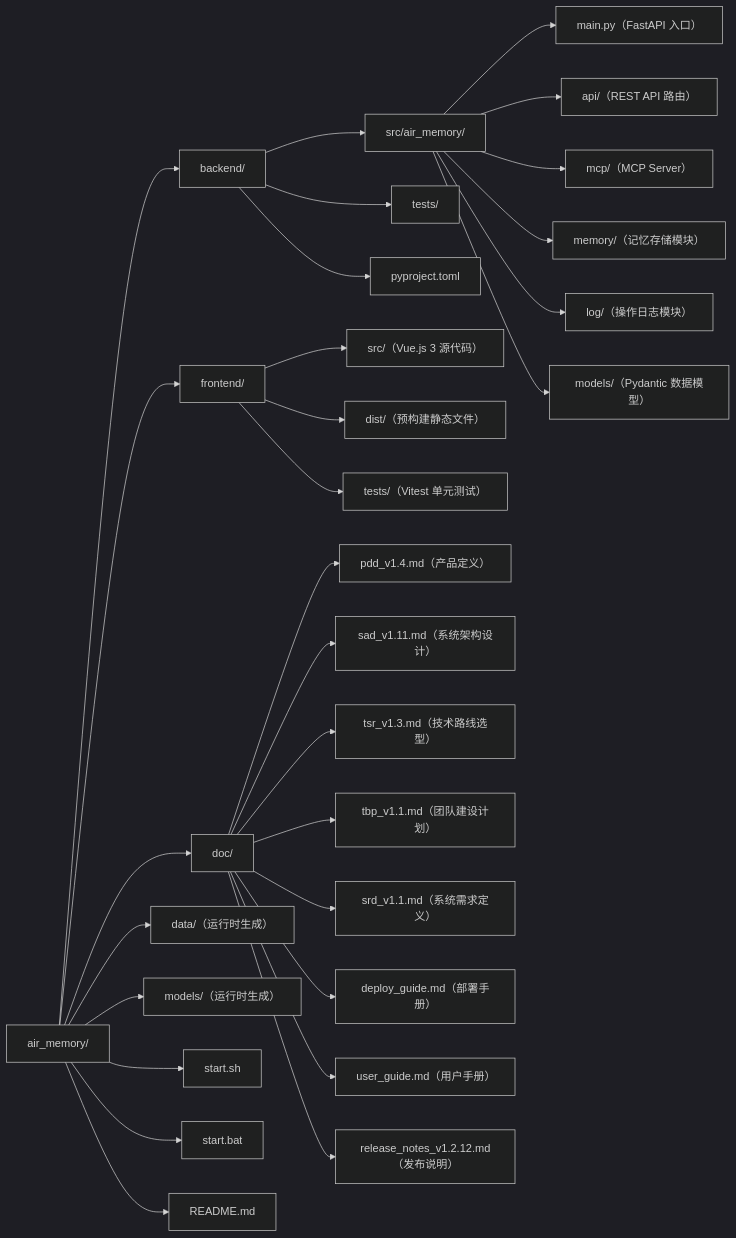
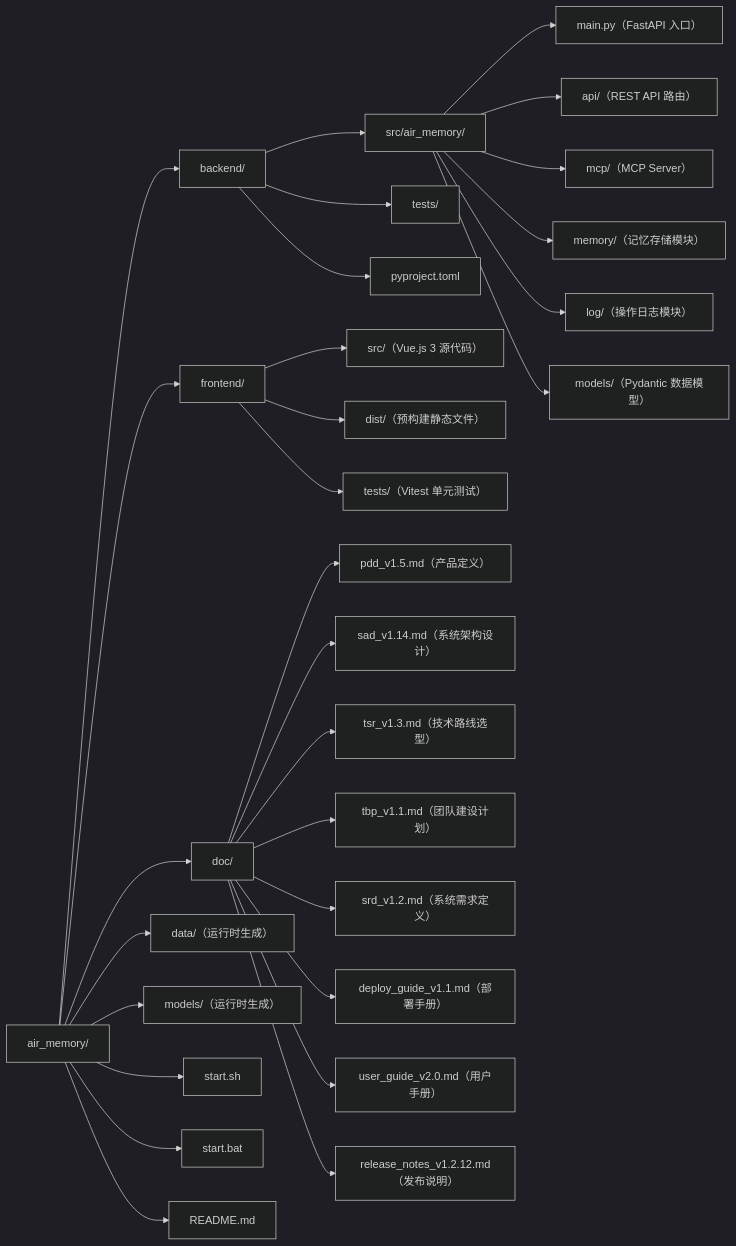
The diagram in README.md (SevenLv/air_memory), drawn with Mermaid (dark theme) before and after one commit. The commit also changed other lines of this file and 4 other files, not shown here.

````diff
--- a/README.md
+++ b/README.md
@@ -50,37 +50,37 @@
 ```mermaid
 graph LR
     ROOT["air_memory/"]
 
     ROOT --> BACKEND["backend/"]
     ROOT --> FRONTEND["frontend/"]
     ROOT --> DOC["doc/"]
     ROOT --> DATA["data/（运行时生成）"]
     ROOT --> MODELS["models/（运行时生成）"]
     ROOT --> START_SH["start.sh"]
     ROOT --> START_BAT["start.bat"]
     ROOT --> README["README.md"]
 
     BACKEND --> BE_SRC["src/air_memory/"]
     BACKEND --> BE_TESTS["tests/"]
     BACKEND --> BE_PYPROJECT["pyproject.toml"]
 
     BE_SRC --> BE_MAIN["main.py（FastAPI 入口）"]
     BE_SRC --> BE_API["api/（REST API 路由）"]
     BE_SRC --> BE_MCP["mcp/（MCP Server）"]
     BE_SRC --> BE_MEM["memory/（记忆存储模块）"]
     BE_SRC --> BE_LOG["log/（操作日志模块）"]
     BE_SRC --> BE_MODELS["models/（Pydantic 数据模型）"]
 
     FRONTEND --> FE_SRC["src/（Vue.js 3 源代码）"]
     FRONTEND --> FE_DIST["dist/（预构建静态文件）"]
     FRONTEND --> FE_TESTS["tests/（Vitest 单元测试）"]
 
-    DOC --> D1["pdd_v1.4.md（产品定义）"]
-    DOC --> D2["sad_v1.11.md（系统架构设计）"]
+    DOC --> D1["pdd_v1.5.md（产品定义）"]
+    DOC --> D2["sad_v1.14.md（系统架构设计）"]
     DOC --> D3["tsr_v1.3.md（技术路线选型）"]
     DOC --> D4["tbp_v1.1.md（团队建设计划）"]
-    DOC --> D5["srd_v1.1.md（系统需求定义）"]
-    DOC --> D6["deploy_guide.md（部署手册）"]
-    DOC --> D7["user_guide.md（用户手册）"]
+    DOC --> D5["srd_v1.2.md（系统需求定义）"]
+    DOC --> D6["deploy_guide_v1.1.md（部署手册）"]
+    DOC --> D7["user_guide_v2.0.md（用户手册）"]
     DOC --> D8["release_notes_v1.2.12.md（发布说明）"]
 ```
````
